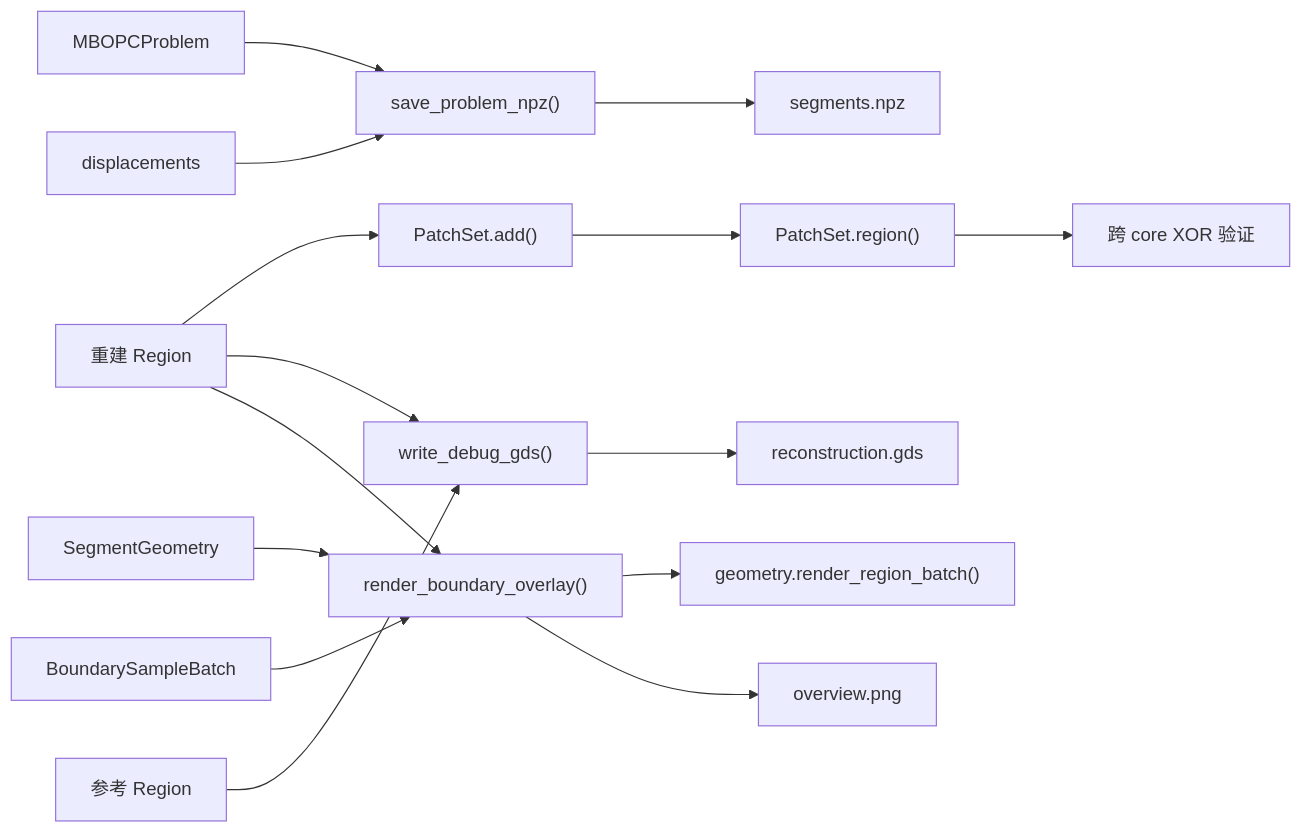
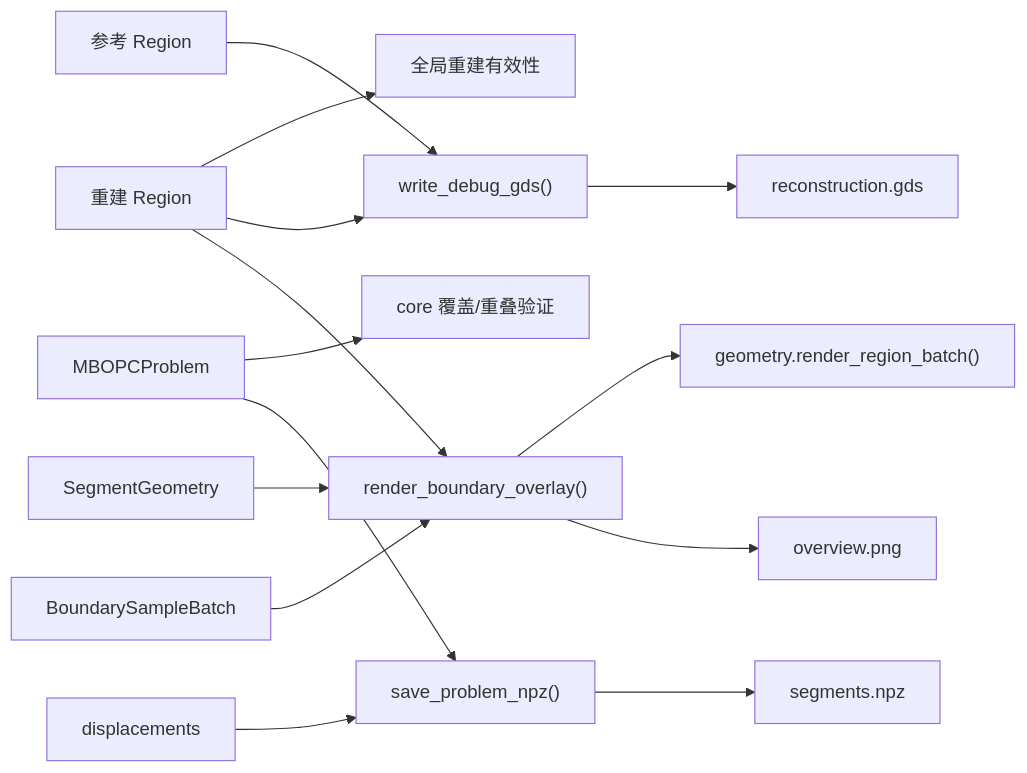
One commit to Eve429/MyOPC changed the seventh of 9 diagrams in doc/function_call_architecture.md. Above: the diagram before and after it, drawn with Mermaid. The commit also changed other lines of this file and 10 other files, not shown here.

````diff
--- a/doc/function_call_architecture.md
+++ b/doc/function_call_architecture.md
@@ -298,26 +298,25 @@
 ```mermaid
 flowchart LR
     REF["参考 Region"]
     MOVED["重建 Region"]
     PROBLEM["MBOPCProblem"]
     DISPLACEMENT["displacements"]
     GEOMETRY["SegmentGeometry"]
     SAMPLES["BoundarySampleBatch"]
 
-    MOVED --> PATCH["PatchSet.add()"]
-    PATCH --> STITCH["PatchSet.region()"]
-    STITCH --> XOR["跨 core XOR 验证"]
+    MOVED --> VALID["全局重建有效性"]
+    PROBLEM --> COVERAGE["core 覆盖/重叠验证"]
 
     PROBLEM --> NPZ["save_problem_npz()"]
     DISPLACEMENT --> NPZ
     REF --> GDS["write_debug_gds()"]
     MOVED --> GDS
     MOVED --> PNG["render_boundary_overlay()"]
     GEOMETRY --> PNG
     SAMPLES --> PNG
     PNG --> RASTER["geometry.render_region_batch()"]
 
     NPZ --> FILE1["segments.npz"]
     GDS --> FILE2["reconstruction.gds"]
     PNG --> FILE3["overview.png"]
 ```
````
